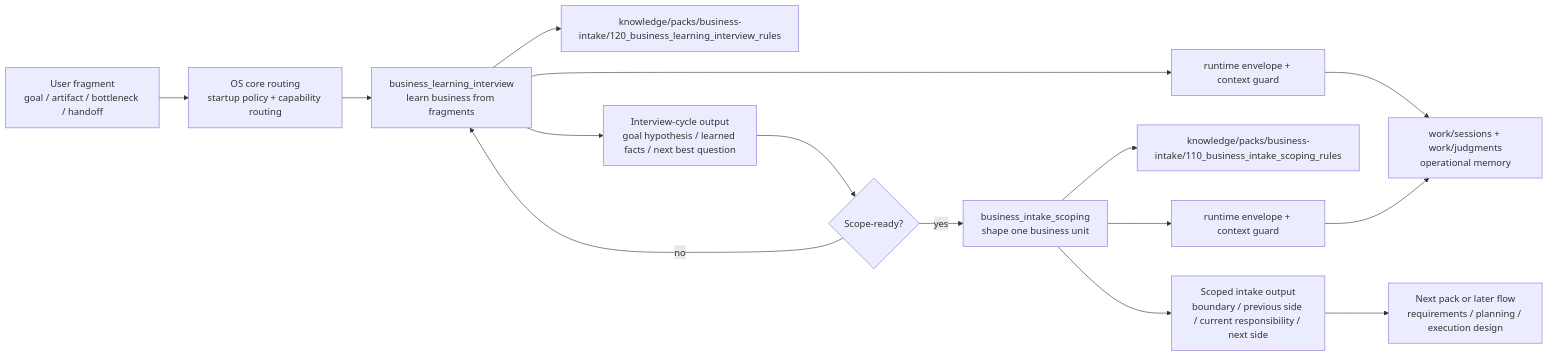
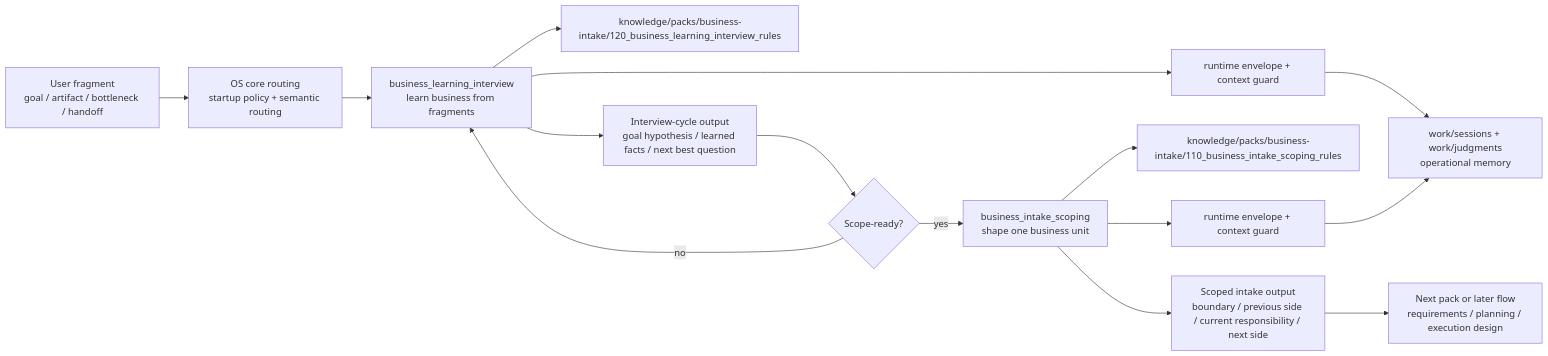
One commit to synthaicode/XRefKit changed the diagram in docs/packs/business-intake/065_business_intake_pack_dependency_design.md. Above: the diagram before and after it, drawn with Mermaid. The commit also changed other lines of this file and 4 other files, not shown here.

````diff
--- a/docs/packs/business-intake/065_business_intake_pack_dependency_design.md
+++ b/docs/packs/business-intake/065_business_intake_pack_dependency_design.md
@@ -109,17 +117,17 @@
 ```mermaid
 flowchart LR
-    U["User fragment<br/>goal / artifact / bottleneck / handoff"] --> R["OS core routing<br/>startup policy + capability routing"]
+    U["User fragment<br/>goal / artifact / bottleneck / handoff"] --> R["OS core routing<br/>startup policy + semantic routing"]
     R --> L["business_learning_interview<br/>learn business from fragments"]
     L --> K1["knowledge/packs/business-intake/120_business_learning_interview_rules"]
     L --> C1["runtime envelope + context guard"]
     L --> O1["Interview-cycle output<br/>goal hypothesis / learned facts / next best question"]
     O1 --> D{"Scope-ready?"}
     D -- "no" --> L
     D -- "yes" --> S["business_intake_scoping<br/>shape one business unit"]
     S --> K2["knowledge/packs/business-intake/110_business_intake_scoping_rules"]
     S --> C2["runtime envelope + context guard"]
     S --> O2["Scoped intake output<br/>boundary / previous side / current responsibility / next side"]
     O2 --> N["Next pack or later flow<br/>requirements / planning / execution design"]
     C1 --> W["work/sessions + work/judgments<br/>operational memory"]
     C2 --> W
 ```
````
